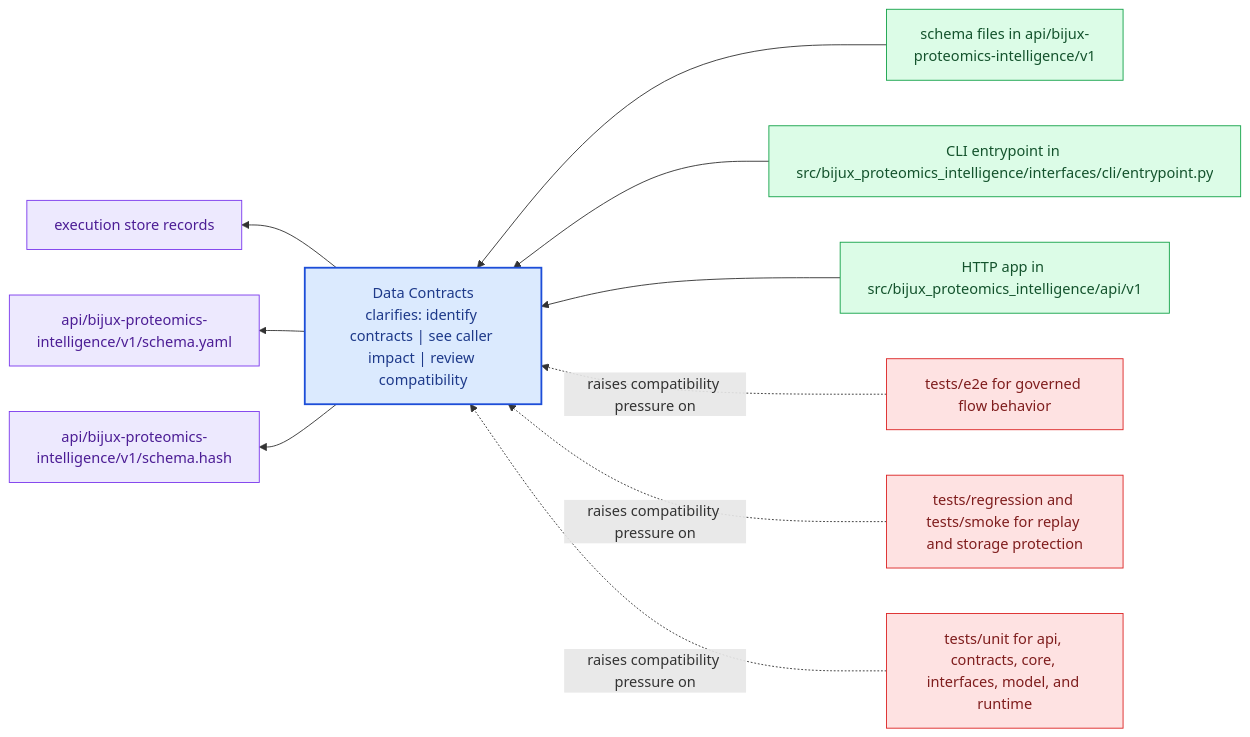
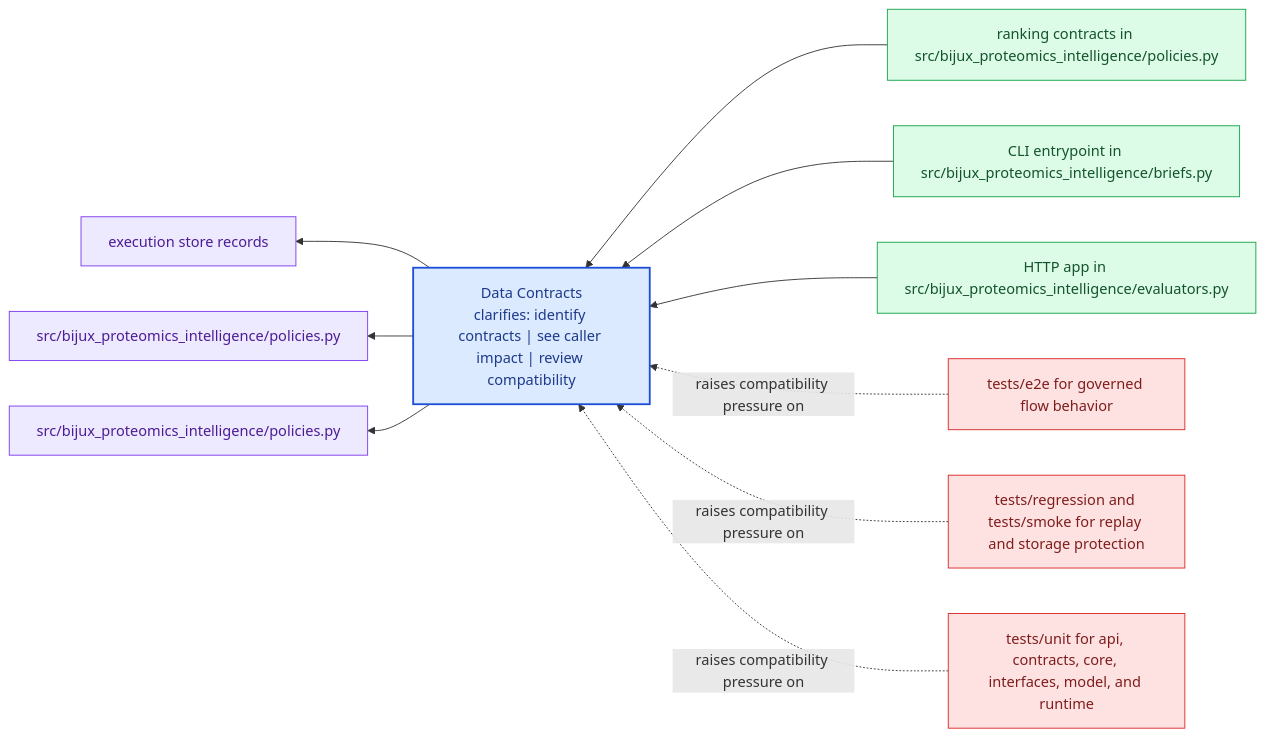
Before and after one commit to bijux/bijux-proteomics: the diagram in docs/bijux-proteomics-intelligence/interfaces/data-contracts.md, drawn with Mermaid. The commit also changed other lines of this file and 24 other files, not shown here.

Commit message:
docs(bijux-proteomics-intelligence): align handbook with ranking and decision responsibilities

````diff
--- a/docs/bijux-proteomics-intelligence/interfaces/data-contracts.md
+++ b/docs/bijux-proteomics-intelligence/interfaces/data-contracts.md
@@ -23,31 +23,31 @@
 ```mermaid
 flowchart RL
     page["Data Contracts<br/>clarifies: identify contracts | see caller impact | review compatibility"]
     classDef page fill:#dbeafe,stroke:#1d4ed8,color:#1e3a8a,stroke-width:2px;
     classDef positive fill:#dcfce7,stroke:#16a34a,color:#14532d;
     classDef caution fill:#fee2e2,stroke:#dc2626,color:#7f1d1d;
     classDef anchor fill:#ede9fe,stroke:#7c3aed,color:#4c1d95;
     classDef action fill:#fef3c7,stroke:#d97706,color:#7c2d12;
-    surface1["schema files in api/bijux-proteomics-intelligence/v1"]
+    surface1["ranking contracts in src/bijux_proteomics_intelligence/policies.py"]
     surface1 --> page
-    surface2["CLI entrypoint in src/bijux_proteomics_intelligence/interfaces/cli/entrypoint.py"]
+    surface2["CLI entrypoint in src/bijux_proteomics_intelligence/briefs.py"]
     surface2 --> page
-    surface3["HTTP app in src/bijux_proteomics_intelligence/api/v1"]
+    surface3["HTTP app in src/bijux_proteomics_intelligence/evaluators.py"]
     surface3 --> page
     proof1["execution store records"]
     page --> proof1
-    proof2["api/bijux-proteomics-intelligence/v1/schema.yaml"]
+    proof2["src/bijux_proteomics_intelligence/policies.py"]
     page --> proof2
-    proof3["api/bijux-proteomics-intelligence/v1/schema.hash"]
+    proof3["src/bijux_proteomics_intelligence/policies.py"]
     page --> proof3
     review1["tests/e2e for governed flow behavior"]
     review1 -.raises compatibility pressure on.-> page
     review2["tests/regression and tests/smoke for replay and storage protection"]
     review2 -.raises compatibility pressure on.-> page
     review3["tests/unit for api, contracts, core, interfaces, model, and runtime"]
     review3 -.raises compatibility pressure on.-> page
     class page page;
     class surface1,surface2,surface3 positive;
     class proof1,proof2,proof3 anchor;
     class review1,review2,review3 caution;
 ```
````
